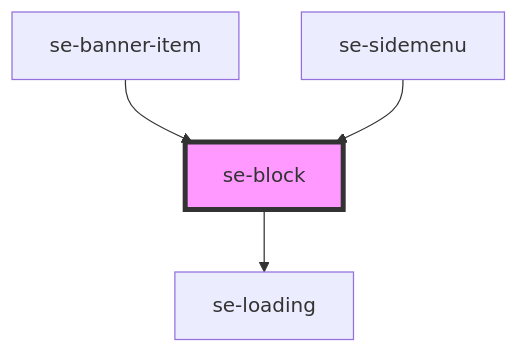
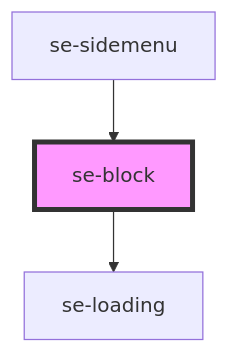
One commit to robbiemcmullense/se-web-ui changed the diagram in src-core/src/components/block/readme.md. Above: the diagram before and after it, drawn with Mermaid. The commit also changed other lines of this file and 21 other files, not shown here.

Commit message:
add tablet/mobile layout for banner, banner-item

````diff
--- a/src-core/src/components/block/readme.md
+++ b/src-core/src/components/block/readme.md
@@ -33,7 +32,6 @@
 ```mermaid
 graph TD;
   se-block --> se-loading
-  se-banner-item --> se-block
   se-sidemenu --> se-block
   style se-block fill:#f9f,stroke:#333,stroke-width:4px
 ```
````
